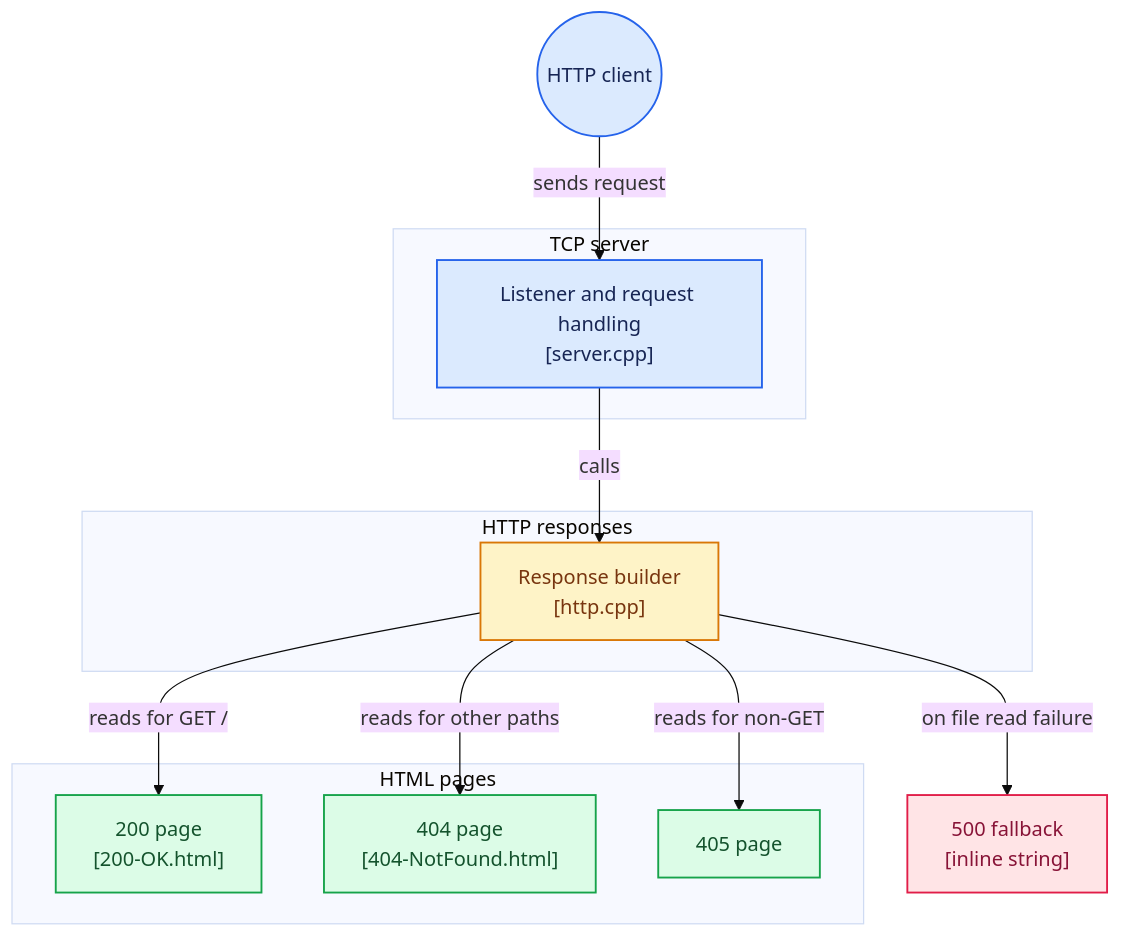
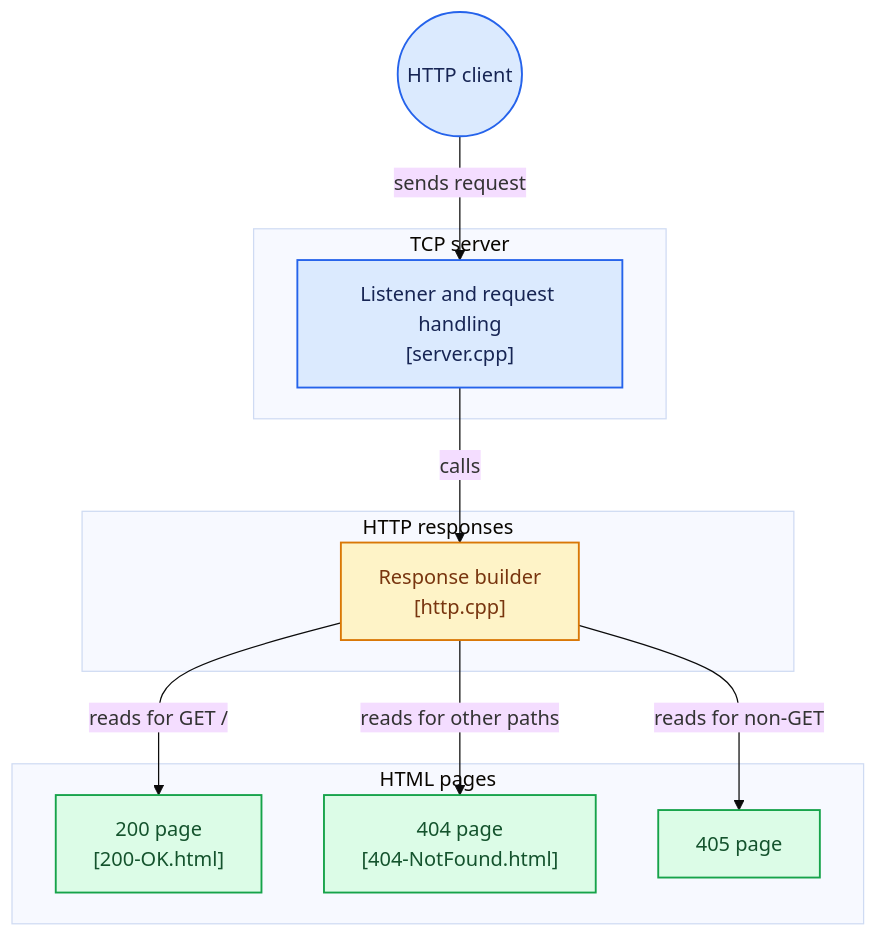
The diagram in README.md (nassim-hmdii/http_server), drawn with Mermaid (base theme) before and after one commit. The commit also changed other lines of this file, not shown here.

Commit message:
Fix architecture diagram in README

````diff
--- a/README.md
+++ b/README.md
@@ -79,46 +79,43 @@
 ```mermaid
 %% Generated by https://gitdiagram.com/nassim-hmdii/http_server
 flowchart TD
 
 subgraph group_server["TCP server"]
   node_listener["Listener and request handling<br/>[server.cpp]"]
 end
 
 subgraph group_http["HTTP responses"]
   node_builder["Response builder<br/>[http.cpp]"]
 end
 
 subgraph group_pages["HTML pages"]
   node_ok_page["200 page<br/>[200-OK.html]"]
   node_not_found_page["404 page<br/>[404-NotFound.html]"]
   node_method_page["405 page"]
 end
 
 node_client(("HTTP client"))
 
 node_client -->|"sends request"| node_listener
 node_listener -->|"calls"| node_builder
 node_builder -->|"reads for GET /"| node_ok_page
 node_builder -->|"reads for other paths"| node_not_found_page
 node_builder -->|"reads for non-GET"| node_method_page
 
 click node_listener "https://github.com/nassim-hmdii/http_server/blob/main/src/server.cpp"
 click node_builder "https://github.com/nassim-hmdii/http_server/blob/main/src/http.cpp"
 click node_ok_page "https://github.com/nassim-hmdii/http_server/blob/main/public/200-OK.html"
 click node_not_found_page "https://github.com/nassim-hmdii/http_server/blob/main/public/404-NotFound.html"
 click node_method_page "https://github.com/nassim-hmdii/http_server/blob/main/public/405-MethodNotAllowed.html"
-node_500["500 fallback<br/>[inline string]"]
-node_builder -->|"on file read failure"| node_500
 
 classDef toneNeutral fill:#f8fafc,stroke:#334155,stroke-width:1.5px,color:#0f172a
 classDef toneBlue fill:#dbeafe,stroke:#2563eb,stroke-width:1.5px,color:#172554
 classDef toneAmber fill:#fef3c7,stroke:#d97706,stroke-width:1.5px,color:#78350f
 classDef toneMint fill:#dcfce7,stroke:#16a34a,stroke-width:1.5px,color:#14532d
 classDef toneRose fill:#ffe4e6,stroke:#e11d48,stroke-width:1.5px,color:#881337
 classDef toneIndigo fill:#e0e7ff,stroke:#4f46e5,stroke-width:1.5px,color:#312e81
 classDef toneTeal fill:#ccfbf1,stroke:#0f766e,stroke-width:1.5px,color:#134e4a
 class node_listener,node_client toneBlue
 class node_builder toneAmber
 class node_ok_page,node_not_found_page,node_method_page toneMint
-class node_500 toneRose
 ```
````
